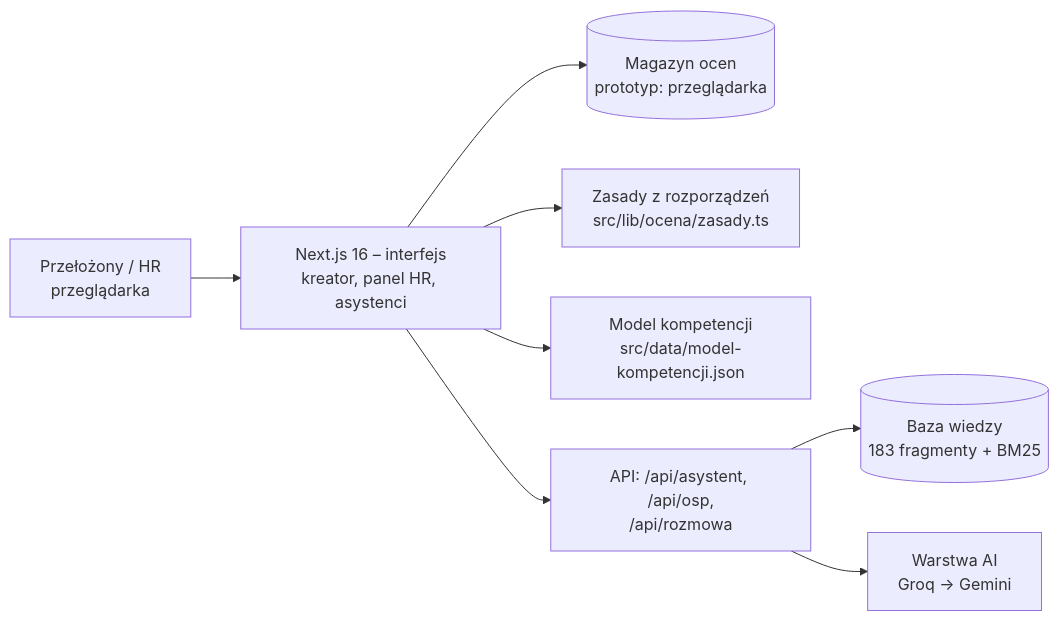
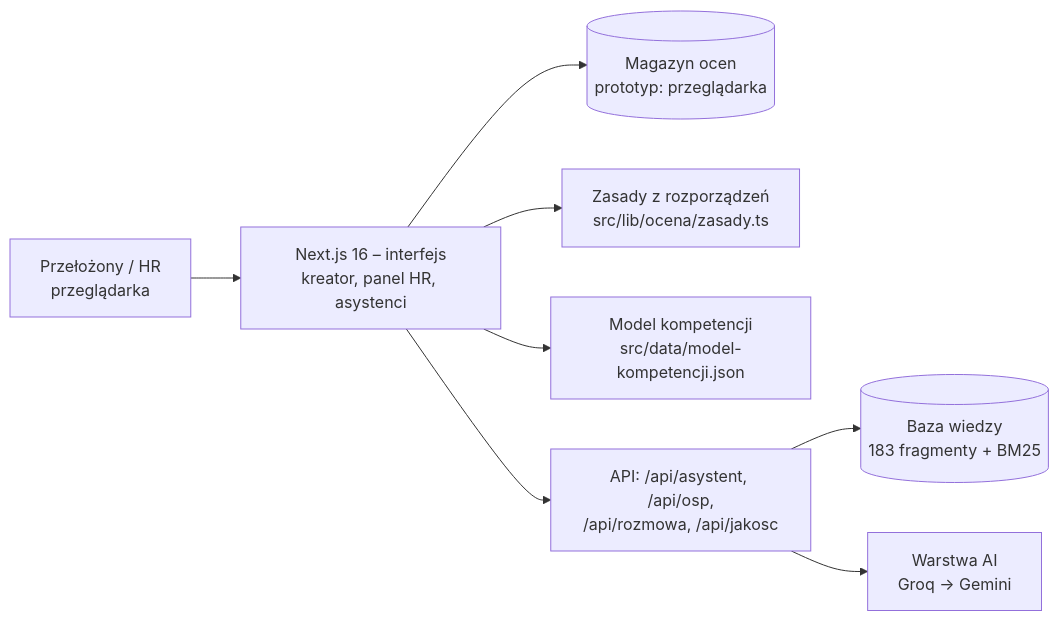
The diagram in README.md (vlad007vak/azymut), drawn with Mermaid before and after one commit. The commit also changed other lines of this file and 3 other files, not shown here.

````diff
--- a/README.md
+++ b/README.md
@@ -80,10 +86,10 @@
 ```mermaid
 flowchart LR
   U[Przełożony / HR<br/>przeglądarka] --> UI[Next.js 16 – interfejs<br/>kreator, panel HR, asystenci]
   UI --> S[(Magazyn ocen<br/>prototyp: przeglądarka)]
   UI --> R[Zasady z rozporządzeń<br/>src/lib/ocena/zasady.ts]
   UI --> M[Model kompetencji<br/>src/data/model-kompetencji.json]
-  UI --> API[API: /api/asystent, /api/osp,<br/>/api/rozmowa]
+  UI --> API[API: /api/asystent, /api/osp,<br/>/api/rozmowa, /api/jakosc]
   API --> KB[(Baza wiedzy<br/>183 fragmenty + BM25)]
   API --> AI[Warstwa AI<br/>Groq → Gemini]
 ```
````
